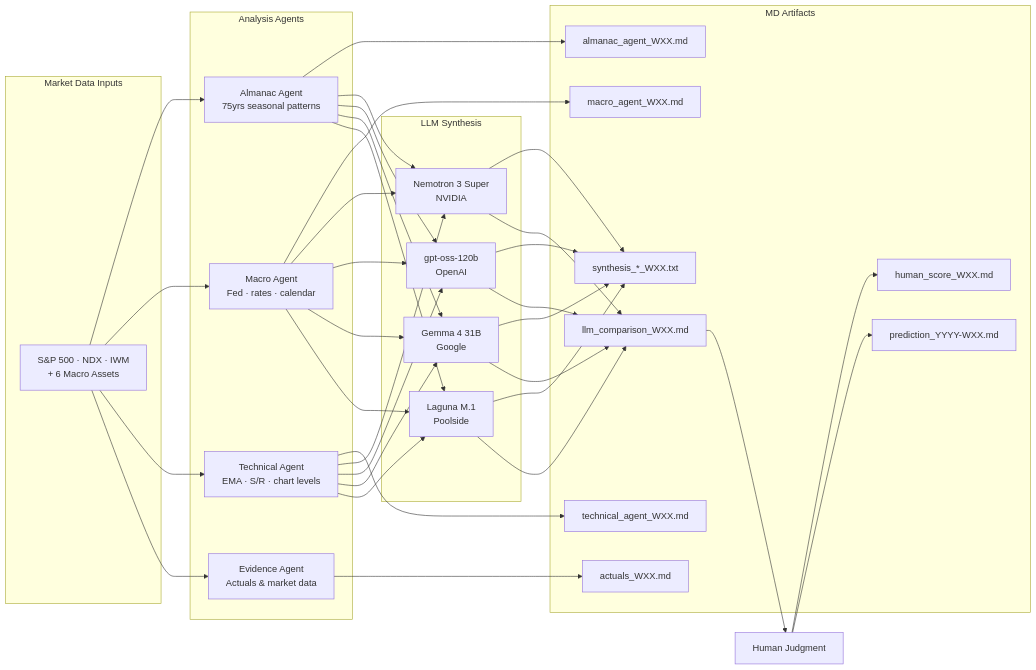
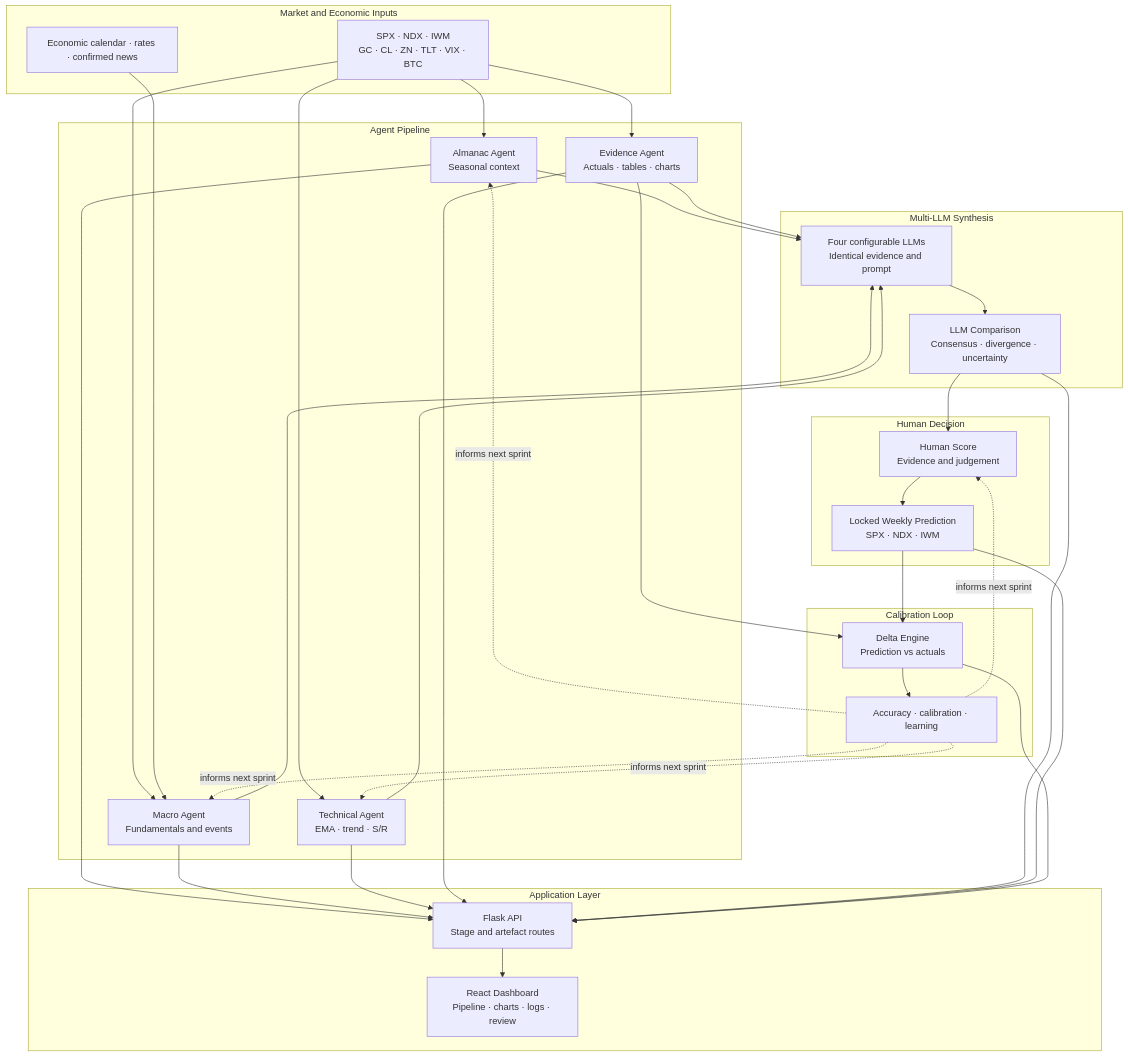
One commit to sinder38/Team-1-Prac-A-Project changed the diagram in README.md. Above: the diagram before and after it, drawn with Mermaid. The commit also changed other lines of this file, not shown here.

````diff
--- a/README.md
+++ b/README.md
@@ -140,63 +220,65 @@
 ```mermaid
-flowchart LR
-    subgraph Inputs["Market Data Inputs"]
-        MD["S&P 500 · NDX · IWM\n+ 6 Macro Assets"]
+flowchart TB
+    subgraph Inputs["Market and Economic Inputs"]
+        MD["SPX · NDX · IWM<br/>GC · CL · ZN · TLT · VIX · BTC"]
+        NEWS["Economic calendar · rates · confirmed news"]
     end
 
-    subgraph Agents["Analysis Agents"]
-        A["Almanac Agent\n75yrs seasonal patterns"]
-        M["Macro Agent\nFed · rates · calendar"]
-        T["Technical Agent\nEMA · S/R · chart levels"]
-        E["Evidence Agent\nActuals & market data"]
+    subgraph Agents["Agent Pipeline"]
+        A["Almanac Agent<br/>Seasonal context"]
+        M["Macro Agent<br/>Fundamentals and events"]
+        T["Technical Agent<br/>EMA · trend · S/R"]
+        E["Evidence Agent<br/>Actuals · tables · charts"]
     end
 
-    subgraph LLMs["LLM Synthesis"]
-        L1["Nemotron 3 Super\nNVIDIA"]
-        L2["gpt-oss-120b\nOpenAI"]
-        L3["Gemma 4 31B\nGoogle"]
-        L4["Laguna M.1\nPoolside"]
+    subgraph Synthesis["Multi-LLM Synthesis"]
+        L["Four configurable LLMs<br/>Identical evidence and prompt"]
+        C["LLM Comparison<br/>Consensus · divergence · uncertainty"]
     end
 
-    subgraph Outputs["MD Artifacts"]
-        O1["almanac_agent_WXX.md"]
-        O2["macro_agent_WXX.md"]
-        O3["technical_agent_WXX.md"]
-        O4a["actuals_WXX.md"]
-        O4["synthesis_*_WXX.txt"]
-        O5["llm_comparison_WXX.md"]
-        O6["human_score_WXX.md"]
-        O7["prediction_YYYY-WXX.md"]
+    subgraph Decision["Human Decision"]
+        H["Human Score<br/>Evidence and judgement"]
+        P["Locked Weekly Prediction<br/>SPX · NDX · IWM"]
+    end
+
+    subgraph Feedback["Calibration Loop"]
+        D["Delta Engine<br/>Prediction vs actuals"]
+        CAL["Accuracy · calibration · learning"]
+    end
+
+    subgraph Application["Application Layer"]
+        API["Flask API<br/>Stage and artefact routes"]
+        UI["React Dashboard<br/>Pipeline · charts · logs · review"]
     end
 
     MD --> A
-    MD --> M
     MD --> T
     MD --> E
-    A --> O1
-    M --> O2
-    T --> O3
-    E --> O4a
-    A --> L1
-    A --> L2
-    A --> L3
-    A --> L4
-    M --> L1
-    M --> L2
-    M --> L3
-    M --> L4
-    T --> L1
-    T --> L2
-    T --> L3
-    T --> L4
-    L1 --> O4
-    L2 --> O4
-    L3 --> O4
-    L4 --> O4
-    L1 --> O5
-    L2 --> O5
-    L3 --> O5
-    L4 --> O5
-    O5 --> HJ["Human Judgment"]
-    HJ --> O6
-    HJ --> O7
+    MD --> M
+    NEWS --> M
+
+    A --> L
+    M --> L
+    T --> L
+    E --> L
+    L --> C
+    C --> H
+    H --> P
+
+    P --> D
+    E --> D
+    D --> CAL
+    CAL -. informs next sprint .-> A
+    CAL -. informs next sprint .-> M
+    CAL -. informs next sprint .-> T
+    CAL -. informs next sprint .-> H
+
+    A --> API
+    M --> API
+    T --> API
+    E --> API
+    C --> API
+    P --> API
+    D --> API
+    API --> UI
 ```
````
